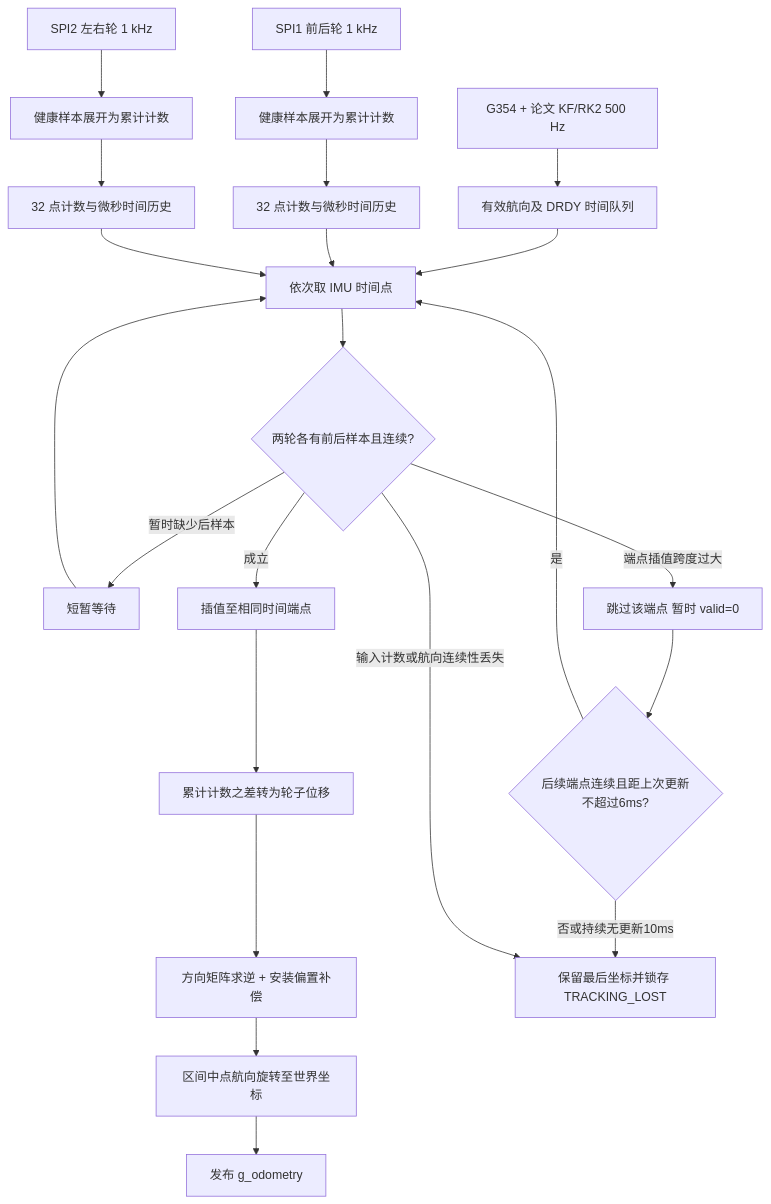
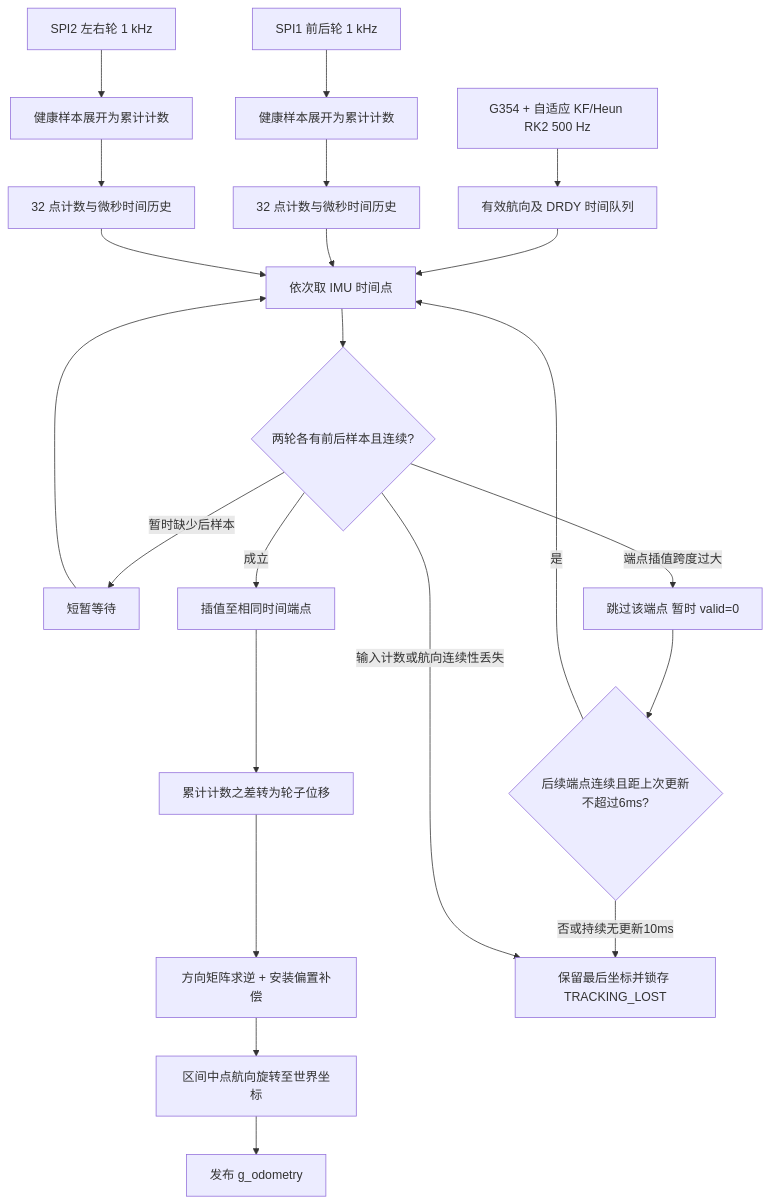
One commit to starpang888/OPS11-By-Star changed the diagram in modules/odometry/README.md. Above: the diagram before and after it, drawn with Mermaid. The commit also changed other lines of this file and 7 other files, not shown here.

````diff
--- a/modules/odometry/README.md
+++ b/modules/odometry/README.md
@@ -29,24 +29,24 @@
 ```mermaid
 flowchart TD
     E1[SPI1 前后轮 1 kHz] --> C1[健康样本展开为累计计数]
     E2[SPI2 左右轮 1 kHz] --> C2[健康样本展开为累计计数]
     C1 --> H1[32 点计数与微秒时间历史]
     C2 --> H2[32 点计数与微秒时间历史]
-    I[G354 + 论文 KF/RK2 500 Hz] --> Q[有效航向及 DRDY 时间队列]
+    I[G354 + 自适应 KF/Heun RK2 500 Hz] --> Q[有效航向及 DRDY 时间队列]
     Q --> S[依次取 IMU 时间点]
     H1 --> S
     H2 --> S
     S --> B{两轮各有前后样本且连续?}
     B -->|暂时缺少后样本| W[短暂等待]
     W --> S
     B -->|成立| P[插值至相同时间端点]
     P --> D[累计计数之差转为轮子位移]
     D --> G[方向矩阵求逆 + 安装偏置补偿]
     G --> R[区间中点航向旋转至世界坐标]
     R --> O[发布 g_odometry]
     B -->|端点插值跨度过大| K[跳过该端点 暂时 valid=0]
     K --> N{后续端点连续且距上次更新不超过6ms?}
     N -->|是| S
     N -->|否或持续无更新10ms| F[保留最后坐标并锁存 TRACKING_LOST]
     B -->|输入计数或航向连续性丢失| F
 ```
````
